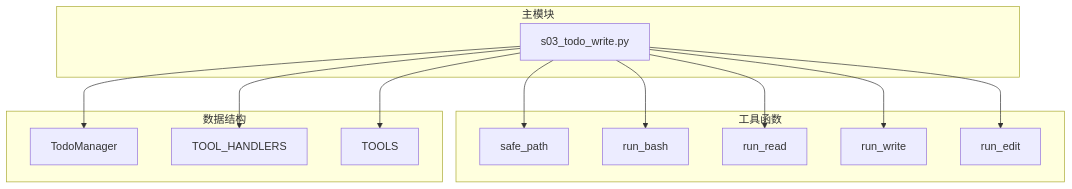
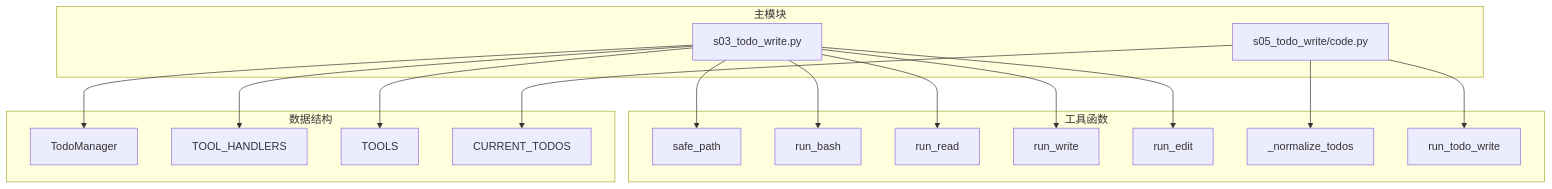
One commit to haolange/learn-claude-code changed diagram 11 of 11 in .qoder/repowiki/zh/content/规划与知识管理/TodoWrite任务管理系统.md. Above: the diagram before and after it, drawn with Mermaid. The commit also changed other lines of this file and 6 other files, not shown here.

````diff
--- a/.qoder/repowiki/zh/content/规划与知识管理/TodoWrite任务管理系统.md
+++ b/.qoder/repowiki/zh/content/规划与知识管理/TodoWrite任务管理系统.md
@@ -300,26 +450,33 @@
 ```mermaid
 graph TD
 subgraph "主模块"
 A[s03_todo_write.py]
+B[s05_todo_write/code.py]
 end
 subgraph "工具函数"
-B[safe_path]
-C[run_bash]
-D[run_read]
-E[run_write]
-F[run_edit]
+C[safe_path]
+D[run_bash]
+E[run_read]
+F[run_write]
+G[run_edit]
+H[_normalize_todos]
+I[run_todo_write]
 end
 subgraph "数据结构"
-G[TodoManager]
-H[TOOL_HANDLERS]
-I[TOOLS]
+J[TodoManager]
+K[TOOL_HANDLERS]
+L[TOOLS]
+M[CURRENT_TODOS]
 end
-A --> B
 A --> C
 A --> D
 A --> E
 A --> F
 A --> G
-A --> H
-A --> I
+A --> J
+A --> K
+A --> L
+B --> H
+B --> I
+B --> M
 ```
````
